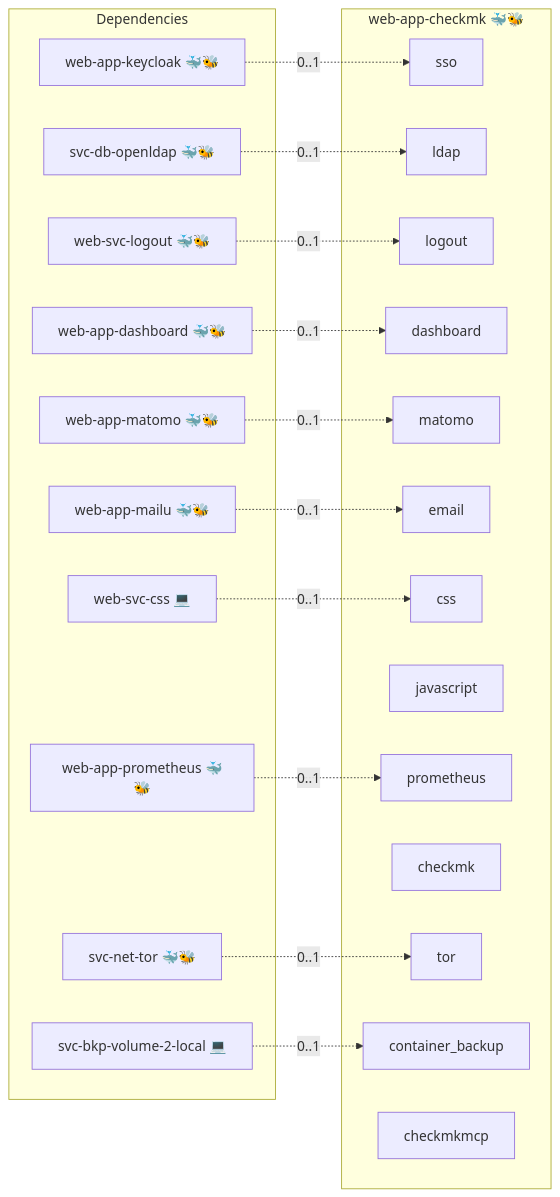
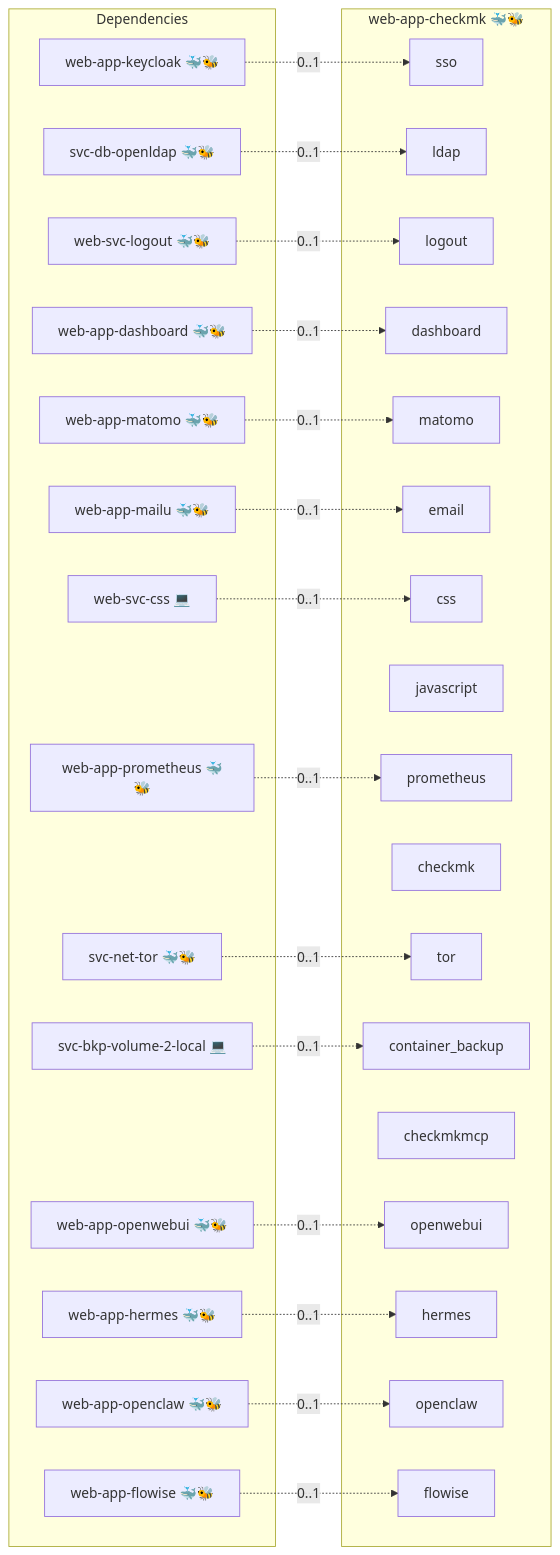
The diagram in roles/web-app-checkmk/README.md (infinito-nexus/core), drawn with Mermaid before and after one commit. The commit also changed 101 other files, not shown here.

````diff
--- a/roles/web-app-checkmk/README.md
+++ b/roles/web-app-checkmk/README.md
@@ -15,40 +15,52 @@
 ```mermaid
 flowchart LR
     subgraph deps [Dependencies]
         dep_svc_bkp_volume_2_local["svc-bkp-volume-2-local 💻"]
         dep_svc_db_openldap["svc-db-openldap 🐳🐝"]
         dep_svc_net_tor["svc-net-tor 🐳🐝"]
         dep_web_app_dashboard["web-app-dashboard 🐳🐝"]
+        dep_web_app_flowise["web-app-flowise 🐳🐝"]
+        dep_web_app_hermes["web-app-hermes 🐳🐝"]
         dep_web_app_keycloak["web-app-keycloak 🐳🐝"]
         dep_web_app_mailu["web-app-mailu 🐳🐝"]
         dep_web_app_matomo["web-app-matomo 🐳🐝"]
+        dep_web_app_openclaw["web-app-openclaw 🐳🐝"]
+        dep_web_app_openwebui["web-app-openwebui 🐳🐝"]
         dep_web_app_prometheus["web-app-prometheus 🐳🐝"]
         dep_web_svc_css["web-svc-css 💻"]
         dep_web_svc_logout["web-svc-logout 🐳🐝"]
     end
     subgraph role [web-app-checkmk 🐳🐝]
         svc_sso["sso"]
         svc_ldap["ldap"]
         svc_logout["logout"]
         svc_dashboard["dashboard"]
         svc_matomo["matomo"]
         svc_email["email"]
         svc_css["css"]
         svc_javascript["javascript"]
         svc_prometheus["prometheus"]
         svc_checkmk["checkmk"]
         svc_tor["tor"]
         svc_container_backup["container_backup"]
         svc_checkmkmcp["checkmkmcp"]
+        svc_openwebui["openwebui"]
+        svc_hermes["hermes"]
+        svc_openclaw["openclaw"]
+        svc_flowise["flowise"]
     end
     dep_svc_bkp_volume_2_local -. "0..1" .-> svc_container_backup
     dep_svc_db_openldap -. "0..1" .-> svc_ldap
     dep_svc_net_tor -. "0..1" .-> svc_tor
     dep_web_app_dashboard -. "0..1" .-> svc_dashboard
+    dep_web_app_flowise -. "0..1" .-> svc_flowise
+    dep_web_app_hermes -. "0..1" .-> svc_hermes
     dep_web_app_keycloak -. "0..1" .-> svc_sso
     dep_web_app_mailu -. "0..1" .-> svc_email
     dep_web_app_matomo -. "0..1" .-> svc_matomo
+    dep_web_app_openclaw -. "0..1" .-> svc_openclaw
+    dep_web_app_openwebui -. "0..1" .-> svc_openwebui
     dep_web_app_prometheus -. "0..1" .-> svc_prometheus
     dep_web_svc_css -. "0..1" .-> svc_css
     dep_web_svc_logout -. "0..1" .-> svc_logout
 ```
````
